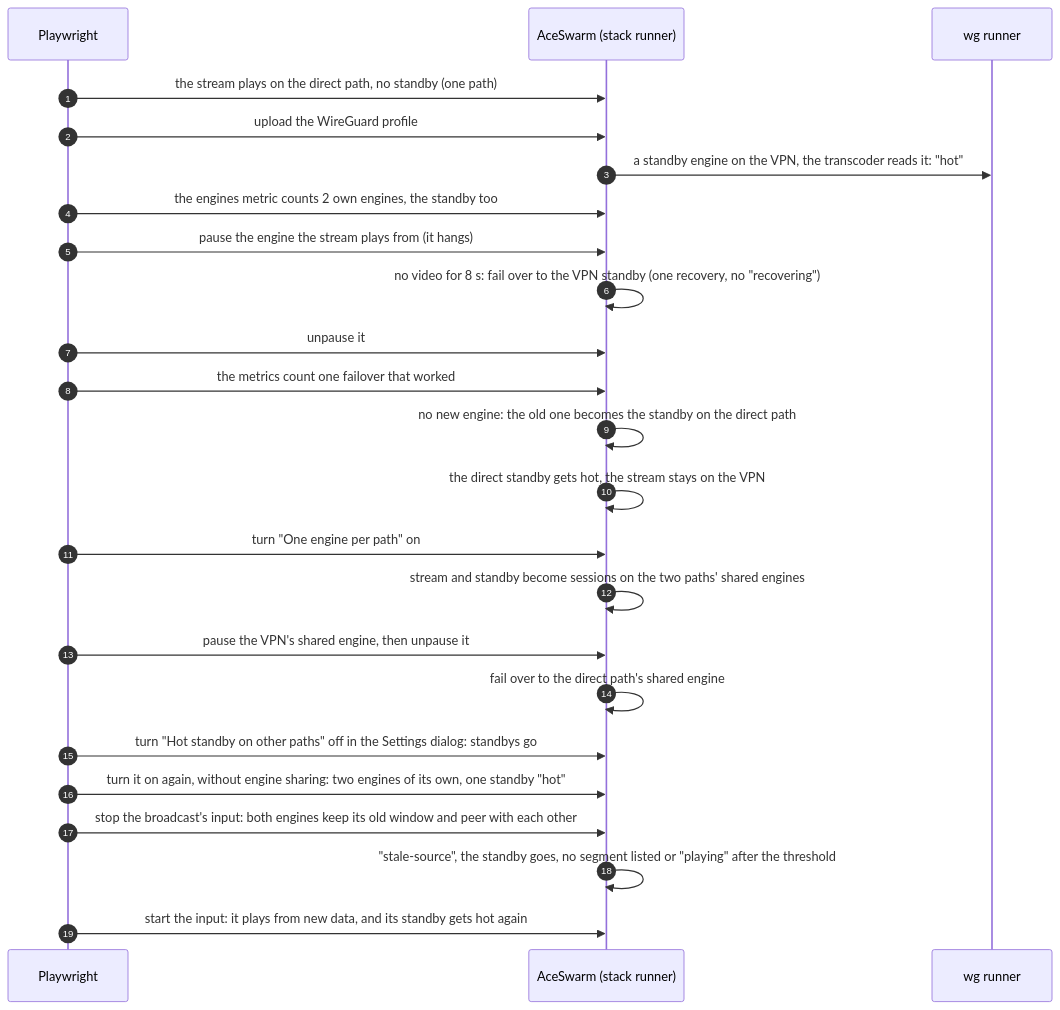
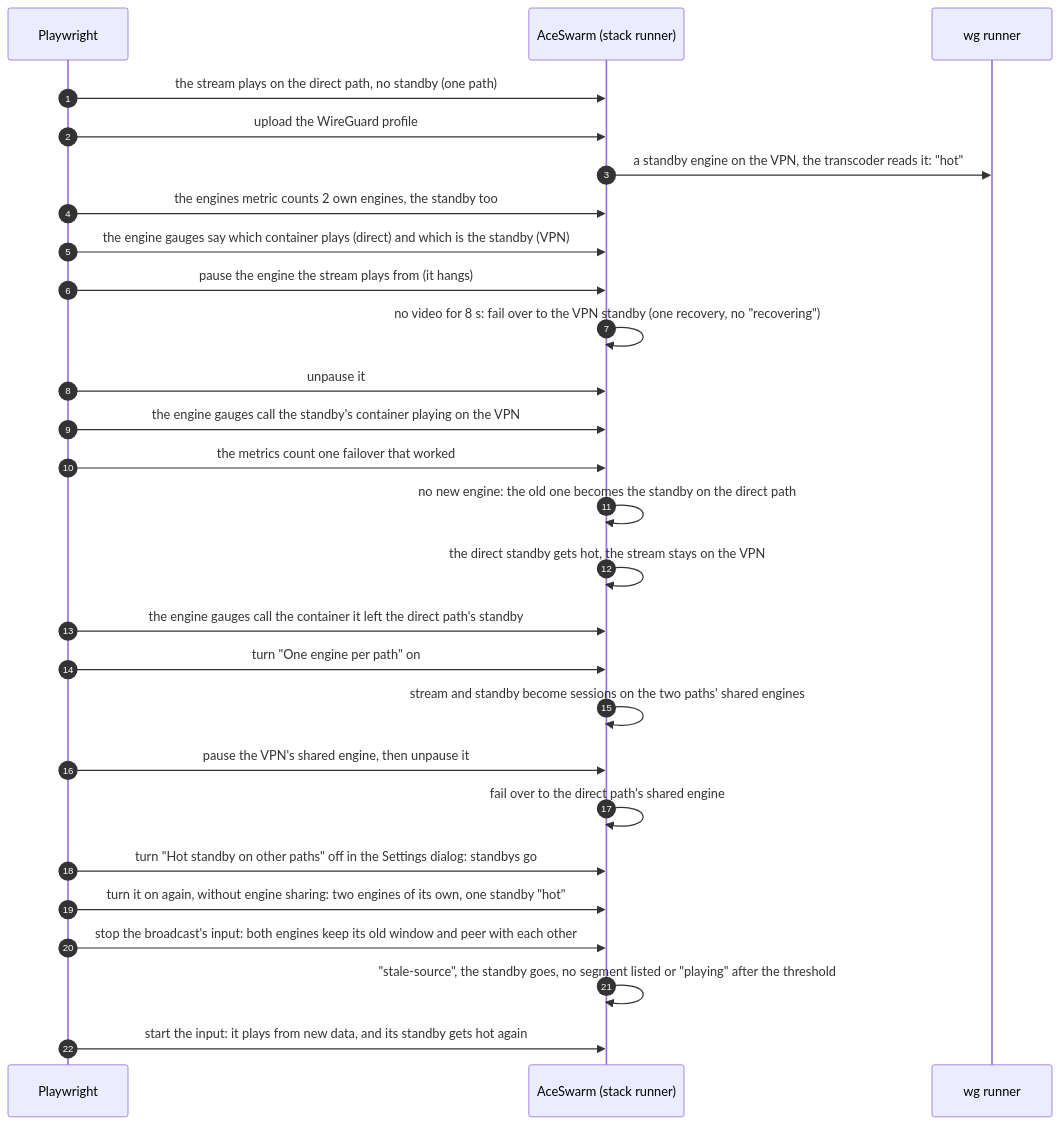
Diagram 13 of 14 in e2e/README.md (sergimn/AceSwarm), drawn with Mermaid before and after one commit. The commit also changed other lines of this file and 4 other files, not shown here.

````diff
--- a/e2e/README.md
+++ b/e2e/README.md
@@ -360,26 +360,29 @@
 ```mermaid
 sequenceDiagram
   autonumber
   participant T as Playwright
   participant AS as AceSwarm (stack runner)
   participant WG as wg runner
   T->>AS: the stream plays on the direct path, no standby (one path)
   T->>AS: upload the WireGuard profile
   AS->>WG: a standby engine on the VPN, the transcoder reads it: "hot"
   T->>AS: the engines metric counts 2 own engines, the standby too
+  T->>AS: the engine gauges say which container plays (direct) and which is the standby (VPN)
   T->>AS: pause the engine the stream plays from (it hangs)
   AS->>AS: no video for 8 s: fail over to the VPN standby (one recovery, no "recovering")
   T->>AS: unpause it
+  T->>AS: the engine gauges call the standby's container playing on the VPN
   T->>AS: the metrics count one failover that worked
   AS->>AS: no new engine: the old one becomes the standby on the direct path
   AS->>AS: the direct standby gets hot, the stream stays on the VPN
+  T->>AS: the engine gauges call the container it left the direct path's standby
   T->>AS: turn "One engine per path" on
   AS->>AS: stream and standby become sessions on the two paths' shared engines
   T->>AS: pause the VPN's shared engine, then unpause it
   AS->>AS: fail over to the direct path's shared engine
   T->>AS: turn "Hot standby on other paths" off in the Settings dialog: standbys go
   T->>AS: turn it on again, without engine sharing: two engines of its own, one standby "hot"
   T->>AS: stop the broadcast's input: both engines keep its old window and peer with each other
   AS->>AS: "stale-source", the standby goes, no segment listed or "playing" after the threshold
   T->>AS: start the input: it plays from new data, and its standby gets hot again
 ```
````
